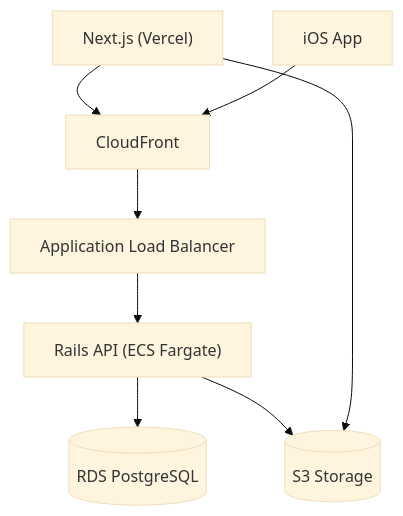
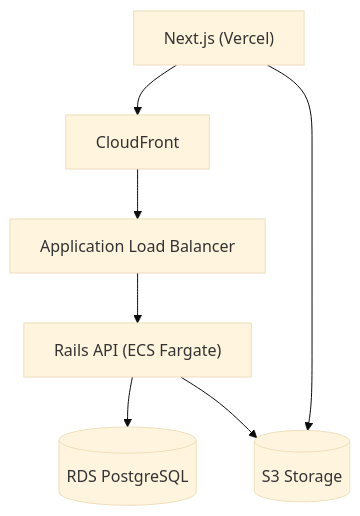
Before and after one commit to nyshk97/shuriken-note: the diagram in README.md, drawn with Mermaid (base theme). The commit also changed other lines of this file, not shown here.

````diff
--- a/README.md
+++ b/README.md
@@ -33,16 +25,13 @@
 ```mermaid
 flowchart TD
   Web["Next.js (Vercel)"]
-  IOS["iOS App"]
   CF["CloudFront"]
   ALB["Application Load Balancer"]
   API["Rails API (ECS Fargate)"]
   DB[("RDS PostgreSQL")]
   S3[("S3 Storage")]
 
   Web --> CF --> ALB --> API --> DB
-  IOS --> CF
   API --> S3
   Web --> S3
-
 ```
````
